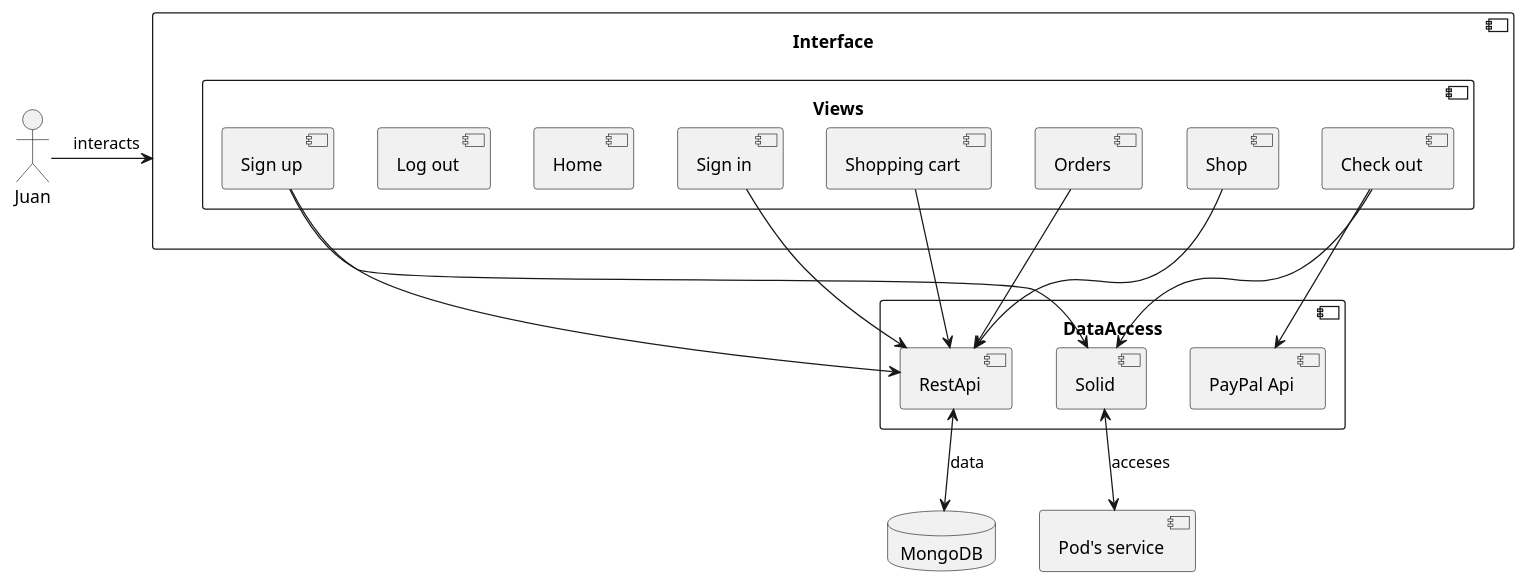
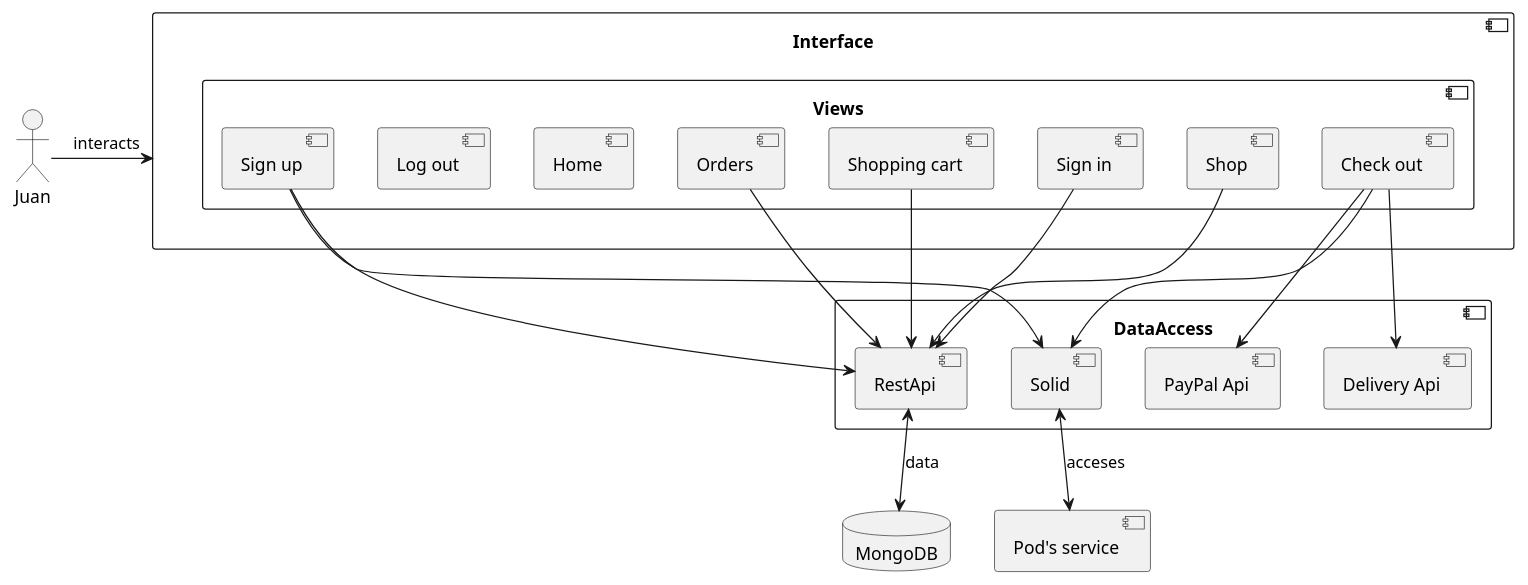
The third of 3 diagrams in docs/05_building_block_view.adoc (Arquisoft/dede_en2a), drawn with PlantUML before and after one commit. The commit also changed 1 other file, not shown here.

Commit message:
Section 5

```diff
--- a/docs/05_building_block_view.adoc
+++ b/docs/05_building_block_view.adoc
@@ -75,44 +75,45 @@
 [plantuml, "level3", png]
 ----
 Actor Juan
 
 Component Interface{
     Component vi as "Views"{
        Component ho as "Home"
        Component sh as "Shopping cart"
        Component sho as "Shop"
        Component lo as "Sign in"
        Component re as "Sign up"
        Component out as "Log out"       
        Component my as "Orders"
        Component ck as "Check out"
     }    
 }
 
 Component DataAccess{
        Component sol as "Solid"
        Component res as "RestApi"
        Component pay as "PayPal Api"
+       Component de as "Delivery Api"
 }
 
 Component pod as "Pod's service"
 Database db as "MongoDB"
 Juan -right->Interface: interacts
 
 re -right-> sol
 ck -down-> sol
 
 re-right->res
 sho-right->res
 lo-right->res
 sh-right->res
 my-right->res
 
 
 ck -down-> pay
-
+ck-down->de
 
 
 sol <-down-> pod:acceses
 res <-down-> db:data
 ----
```
